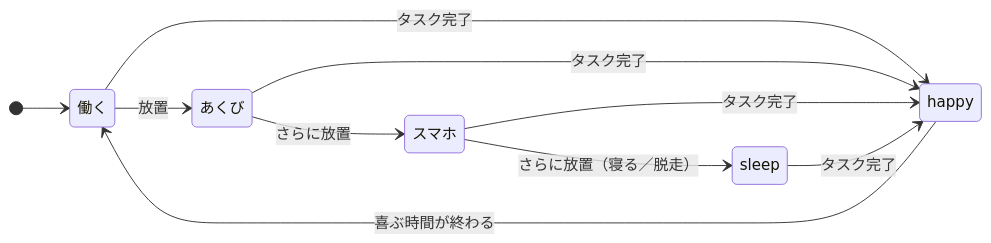
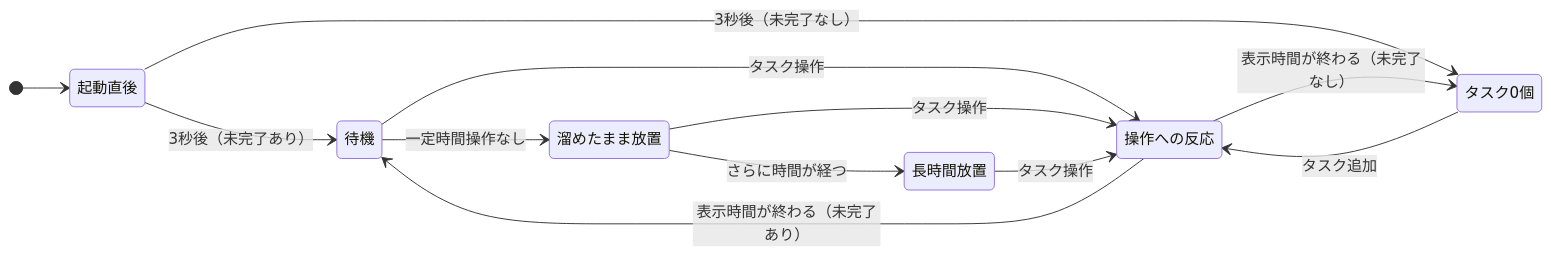
Before and after one commit to saku0875/GeekCampVol6: the diagram in docs/01-overview.md, drawn with Mermaid. The commit also changed other lines of this file and 2 other files, not shown here.

````diff
--- a/docs/01-overview.md
+++ b/docs/01-overview.md
@@ -63,13 +65,15 @@
 ```mermaid
 stateDiagram-v2
     direction LR
-    [*] --> 働く
-    働く --> あくび : 放置
-    あくび --> スマホ : さらに放置
-    スマホ --> sleep : さらに放置（寝る／脱走）
-    働く --> happy : タスク完了
-    あくび --> happy : タスク完了
-    スマホ --> happy : タスク完了
-    sleep --> happy : タスク完了
-    happy --> 働く : 喜ぶ時間が終わる
+    [*] --> 起動直後
+    起動直後 --> 待機 : 3秒後（未完了あり）
+    起動直後 --> タスク0個 : 3秒後（未完了なし）
+    待機 --> 溜めたまま放置 : 一定時間操作なし
+    溜めたまま放置 --> 長時間放置 : さらに時間が経つ
+    待機 --> 操作への反応 : タスク操作
+    溜めたまま放置 --> 操作への反応 : タスク操作
+    長時間放置 --> 操作への反応 : タスク操作
+    タスク0個 --> 操作への反応 : タスク追加
+    操作への反応 --> 待機 : 表示時間が終わる（未完了あり）
+    操作への反応 --> タスク0個 : 表示時間が終わる（未完了なし）
 ```
````
